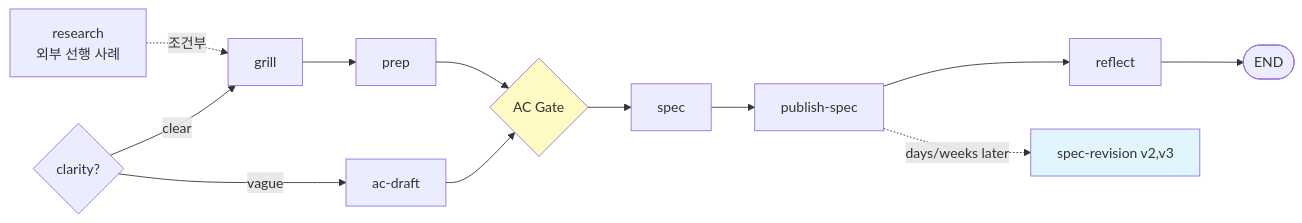
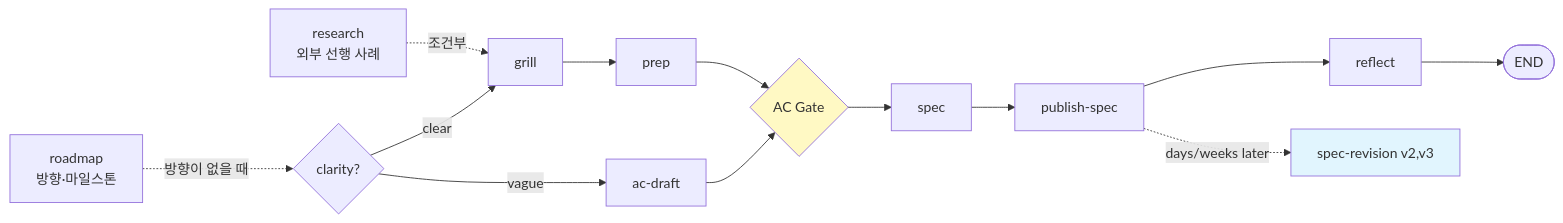
One commit to narashin/nara-kit changed the second of 2 diagrams in skills/README.md. Above: the diagram before and after it, drawn with Mermaid. The commit also changed other lines of this file and 103 other files, not shown here.

Commit message:
feat: 출력 계약을 설치본에 싣고 grill·rewrite·roadmap·prototype을 tiger-kit에서 가져온다

````diff
--- a/skills/README.md
+++ b/skills/README.md
@@ -179,13 +182,14 @@
 ```mermaid
 flowchart LR
+    RM["roadmap<br>방향·마일스톤"] -. 방향이 없을 때 .-> C
     RS["research<br>외부 선행 사례"] -. 조건부 .-> B
     C{clarity?} -->|clear| B["grill"] --> PR[prep]
     C -->|vague| AC[ac-draft]
     PR --> AG{AC Gate}
     AC --> AG
     AG --> S[spec] --> PUB[publish-spec] --> RF[reflect] --> E([END])
     PUB -. days/weeks later .-> REV[spec-revision v2,v3]
 
     style AG fill:#fff9c4
     style REV fill:#e1f5fe
 ```
````
